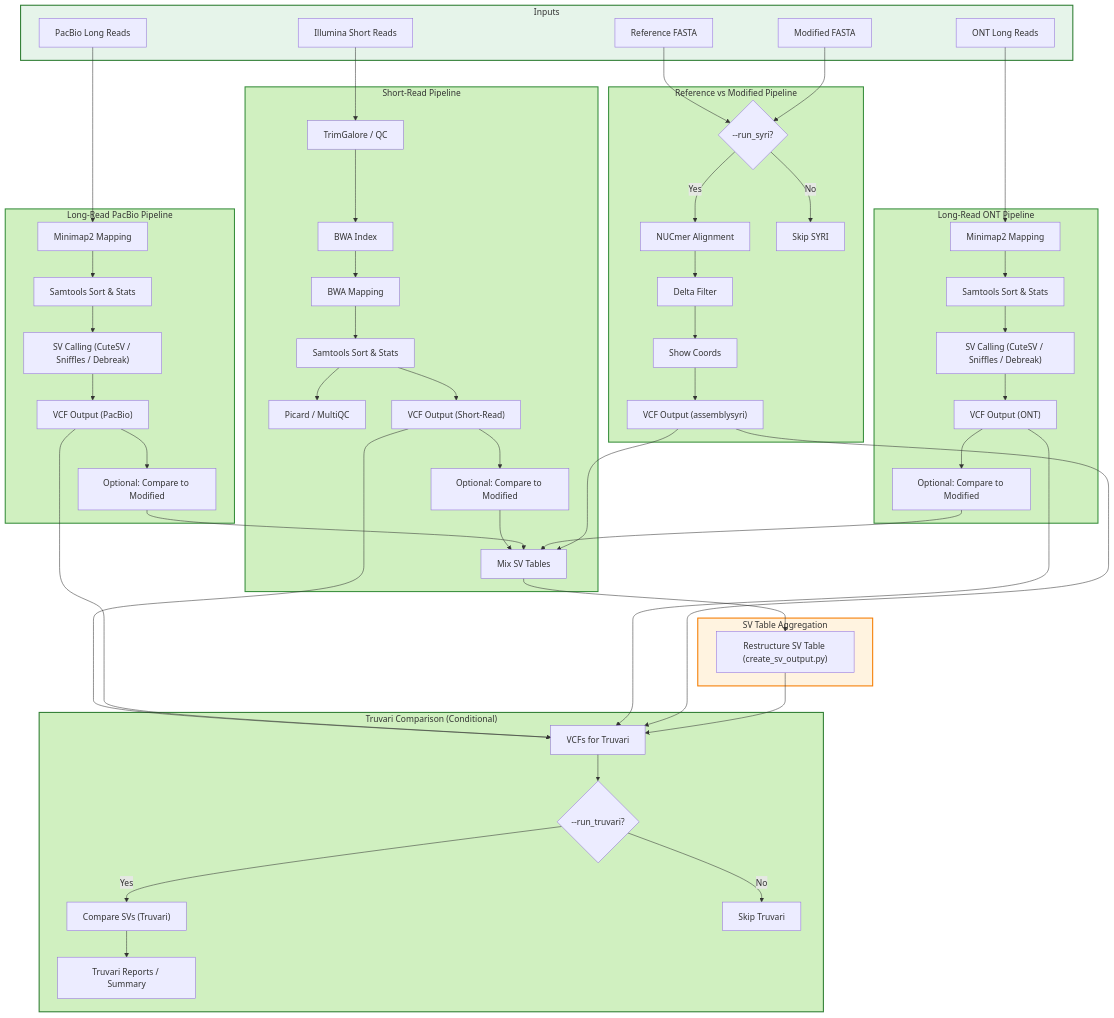
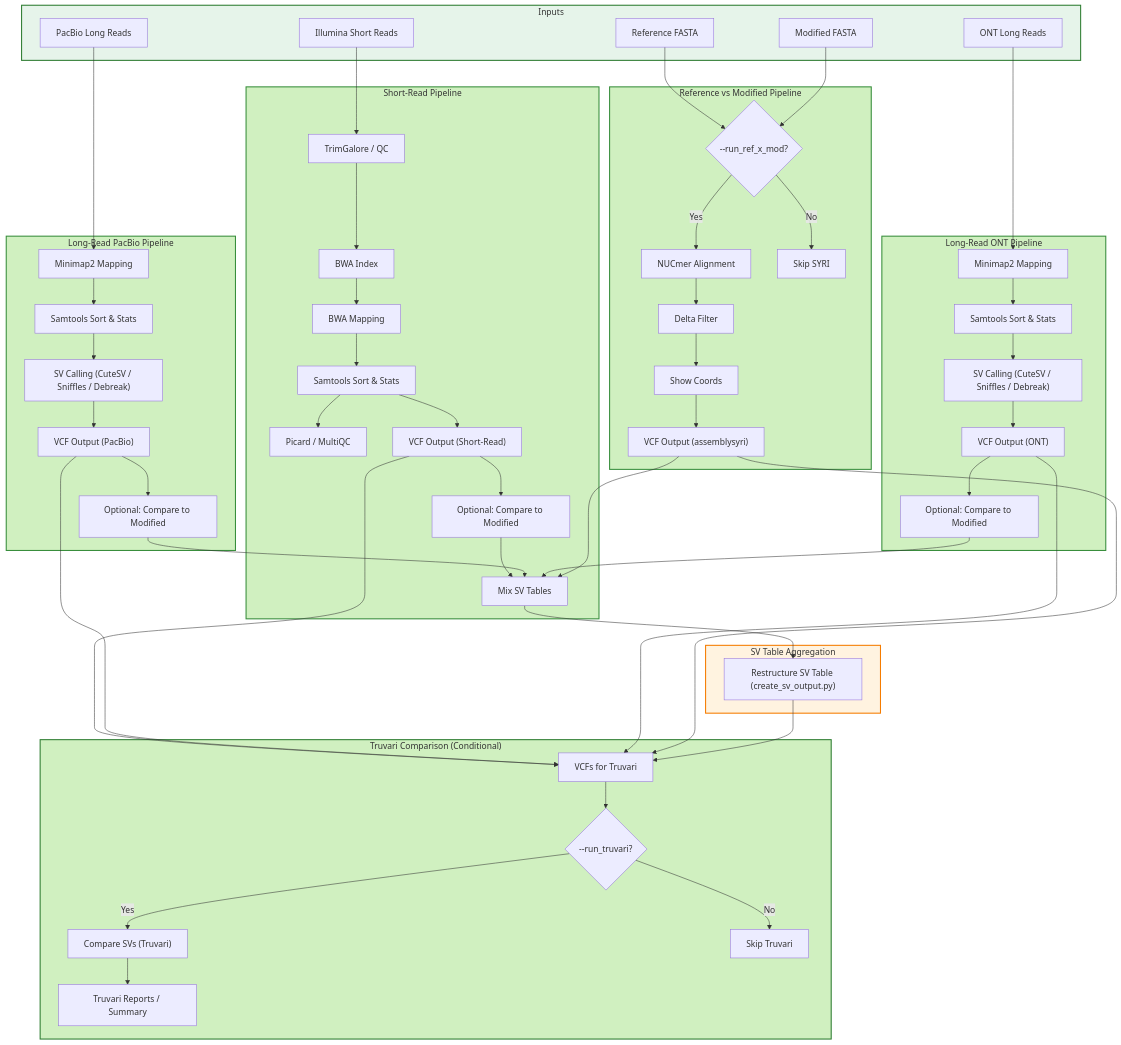
Before and after one commit to denisHanch/efsa_pipeline: the diagram in docs/nextflow/pipeline-visualization.md, drawn with Mermaid. The commit also changed 4 other files, not shown here.

````diff
--- a/docs/nextflow/pipeline-visualization.md
+++ b/docs/nextflow/pipeline-visualization.md
@@ -5,82 +5,82 @@
 ```mermaid
 flowchart TD
     %% Inputs
     subgraph Inputs
         illumina["Illumina Short Reads"]
         pacbio["PacBio Long Reads"]
         ont["ONT Long Reads"]
         ref_fasta["Reference FASTA"]
         mod_fasta["Modified FASTA"]
     end
     style Inputs fill:#E6F4EA,stroke:#2E7D32,stroke-width:2px
 
     %% Short-read pipeline
     subgraph ShortReadPipeline["Short-Read Pipeline"]
         illumina --> trimgalore["TrimGalore / QC"]
         trimgalore --> bwa_index["BWA Index"]
         bwa_index --> bwa_map["BWA Mapping"]
         bwa_map --> samtools_sort["Samtools Sort & Stats"]
         samtools_sort --> picard["Picard / MultiQC"]
         samtools_sort --> sr_vcf["VCF Output (Short-Read)"]
         sr_vcf --> short_mod["Optional: Compare to Modified"]
         short_mod --> agg_tbl
     end
     style ShortReadPipeline fill:#D0F0C0,stroke:#388E3C,stroke-width:2px
 
     %% Long-read PacBio pipeline
     subgraph LongReadPacBio["Long-Read PacBio Pipeline"]
         pacbio --> minimap2_pb["Minimap2 Mapping"]
         minimap2_pb --> samtools_sort_pb["Samtools Sort & Stats"]
         samtools_sort_pb --> pb_sv["SV Calling (CuteSV / Sniffles / Debreak)"]
         pb_sv --> pb_vcf["VCF Output (PacBio)"]
         pb_vcf --> long_mod_pb["Optional: Compare to Modified"]
         long_mod_pb --> agg_tbl
     end
     style LongReadPacBio fill:#D0F0C0,stroke:#388E3C,stroke-width:2px
 
     %% Long-read ONT pipeline
     subgraph LongReadONT["Long-Read ONT Pipeline"]
         ont --> minimap2_ont["Minimap2 Mapping"]
         minimap2_ont --> samtools_sort_ont["Samtools Sort & Stats"]
         samtools_sort_ont --> ont_sv["SV Calling (CuteSV / Sniffles / Debreak)"]
         ont_sv --> ont_vcf["VCF Output (ONT)"]
         ont_vcf --> long_mod_ont["Optional: Compare to Modified"]
         long_mod_ont --> agg_tbl
     end
     style LongReadONT fill:#D0F0C0,stroke:#388E3C,stroke-width:2px
 
     %% Reference vs Modified pipeline
     subgraph RefVsMod["Reference vs Modified Pipeline"]
-        ref_fasta --> run_syri_decision{"--run_syri?"}
-        mod_fasta --> run_syri_decision
-        run_syri_decision -->|Yes| nucmer["NUCmer Alignment"]
-        run_syri_decision -->|No| skip_syri["Skip SYRI"]
+        ref_fasta --> run_ref_x_mod_decision{"--run_ref_x_mod?"}
+        mod_fasta --> run_ref_x_mod_decision
+        run_ref_x_mod_decision -->|Yes| nucmer["NUCmer Alignment"]
+        run_ref_x_mod_decision -->|No| skip_syri["Skip SYRI"]
         nucmer --> delta_filter["Delta Filter"]
         delta_filter --> show_coords["Show Coords"]
         show_coords --> syri_vcf["VCF Output (assemblysyri)"]
         syri_vcf --> agg_tbl
     end
     style RefVsMod fill:#D0F0C0,stroke:#388E3C,stroke-width:2px
 
     %% SV table aggregation (central)
     subgraph SVTable["SV Table Aggregation"]
         agg_tbl["Mix SV Tables"] --> restructure["Restructure SV Table (create_sv_output.py)"]
     end
     style SVTable fill:#FFF3E0,stroke:#F57C00,stroke-width:2px
 
     %% Truvari comparison (central)
     subgraph Truvari["Truvari Comparison (Conditional)"]
         sr_vcf --> truvari_in["VCFs for Truvari"]
         pb_vcf --> truvari_in
         ont_vcf --> truvari_in
         syri_vcf --> truvari_in
         truvari_in --> check_truvari{"--run_truvari?"}
         check_truvari -->|Yes| truvari["Compare SVs (Truvari)"]
         check_truvari -->|No| skip_truvari["Skip Truvari"]
         truvari --> final_report["Truvari Reports / Summary"]
     end
     style Truvari fill:#D0F0C0,stroke:#2E7D32,stroke-width:2px
 
     %% Central alignment
     restructure --> truvari_in
 ```
````
